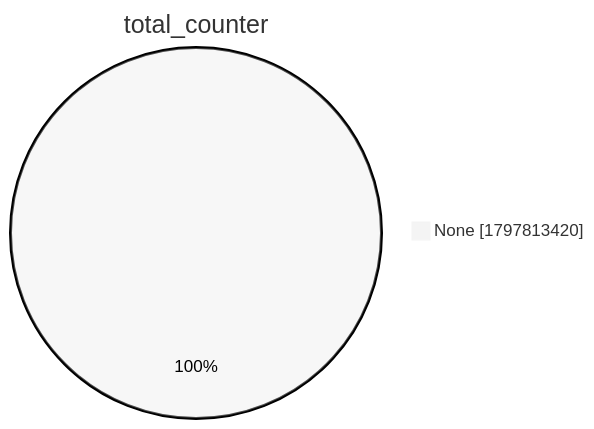
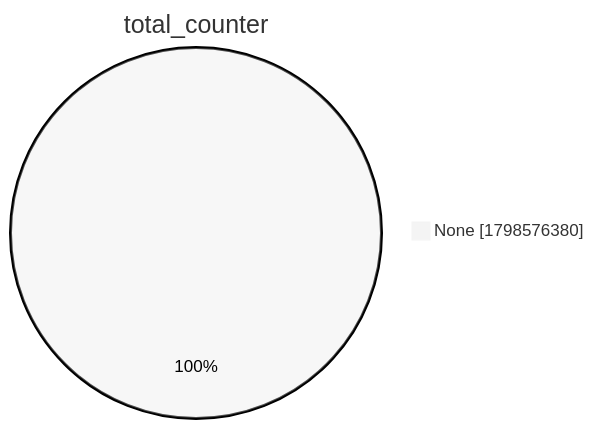
The second of 15 diagrams in xenon2022/README.md (christiankrug/ctmonitor_visualization), drawn with Mermaid (neutral theme) before and after one commit. The commit also changed other lines of this file, not shown here.

````diff
--- a/xenon2022/README.md
+++ b/xenon2022/README.md
@@ -9,5 +9,5 @@
 ```mermaid
 pie showData
 title total_counter
-"None" :1797813420
+"None" :1798576380
 ```
````
